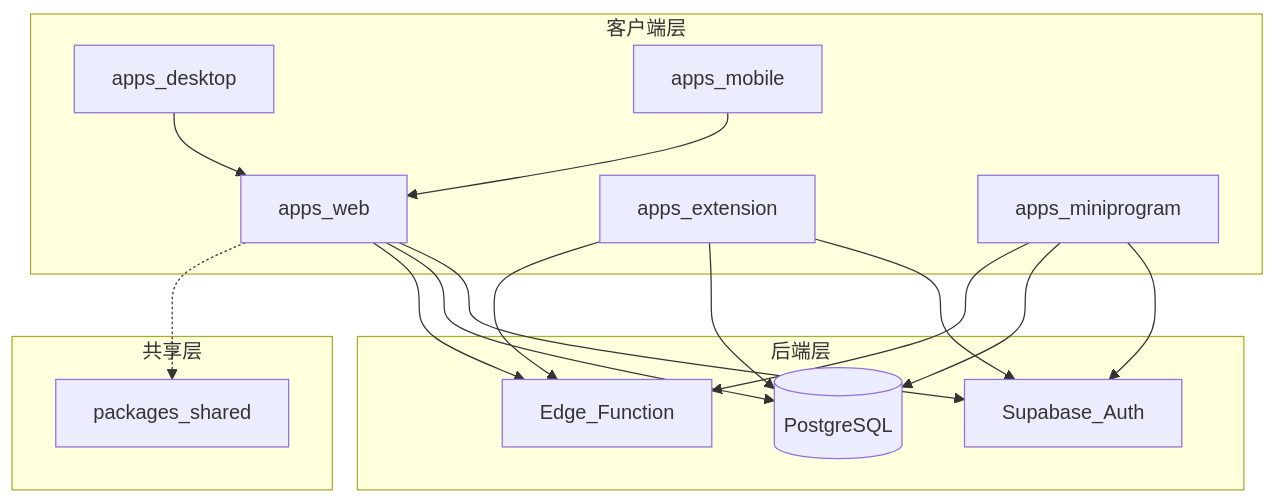
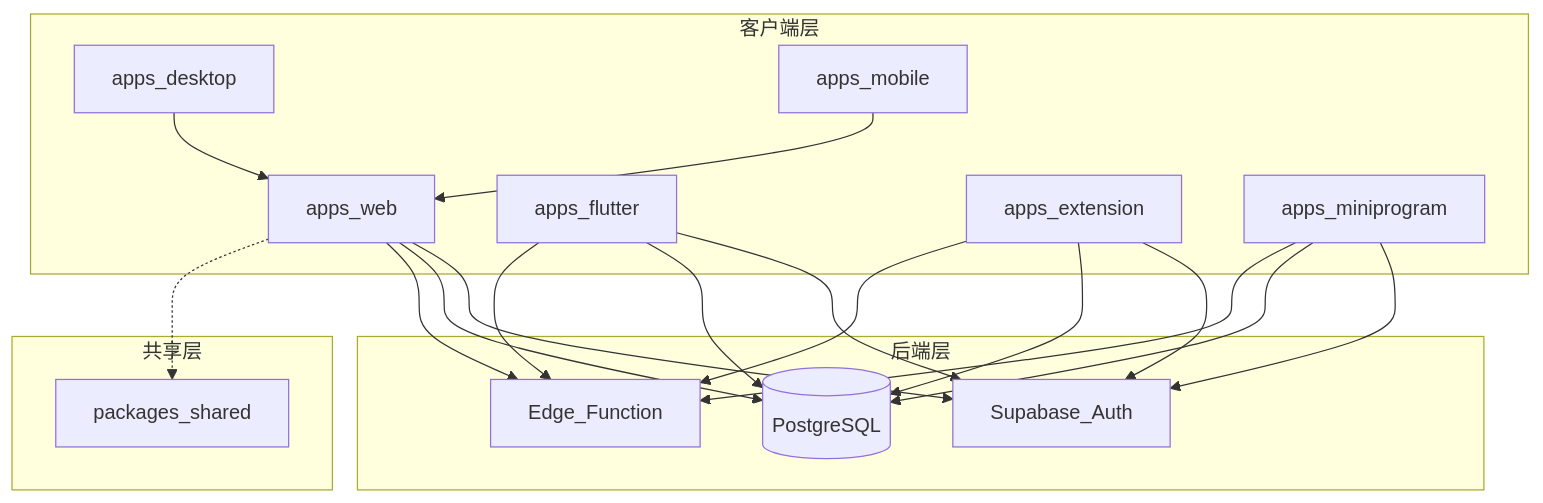
Before and after one commit to longlong007/PromptsManager: the first of 9 diagrams in note/arch.mmd, drawn with Mermaid. The commit also changed other lines of this file and 15 other files, not shown here.

Commit message:
feat: 优化画图

````diff
--- a/note/arch.mmd
+++ b/note/arch.mmd
@@ -5,33 +5,37 @@
 ```mermaid
 graph TB
     subgraph Clients[客户端层]
         Web[apps_web]
         Desktop[apps_desktop]
         Mobile[apps_mobile]
+        Flutter[apps_flutter]
         Extension[apps_extension]
         Mini[apps_miniprogram]
     end
 
     subgraph Shared[共享层]
         Pkg[packages_shared]
     end
 
     subgraph Backend[后端层]
         Auth[Supabase_Auth]
         DB[(PostgreSQL)]
         Fn[Edge_Function]
     end
 
     Desktop --> Web
     Mobile --> Web
     Web --> Auth
     Web --> DB
     Web --> Fn
+    Flutter --> Auth
+    Flutter --> DB
+    Flutter --> Fn
     Extension --> Auth
     Extension --> DB
     Extension --> Fn
     Mini --> Auth
     Mini --> DB
     Mini --> Fn
     Web -.-> Pkg
 ```
````
